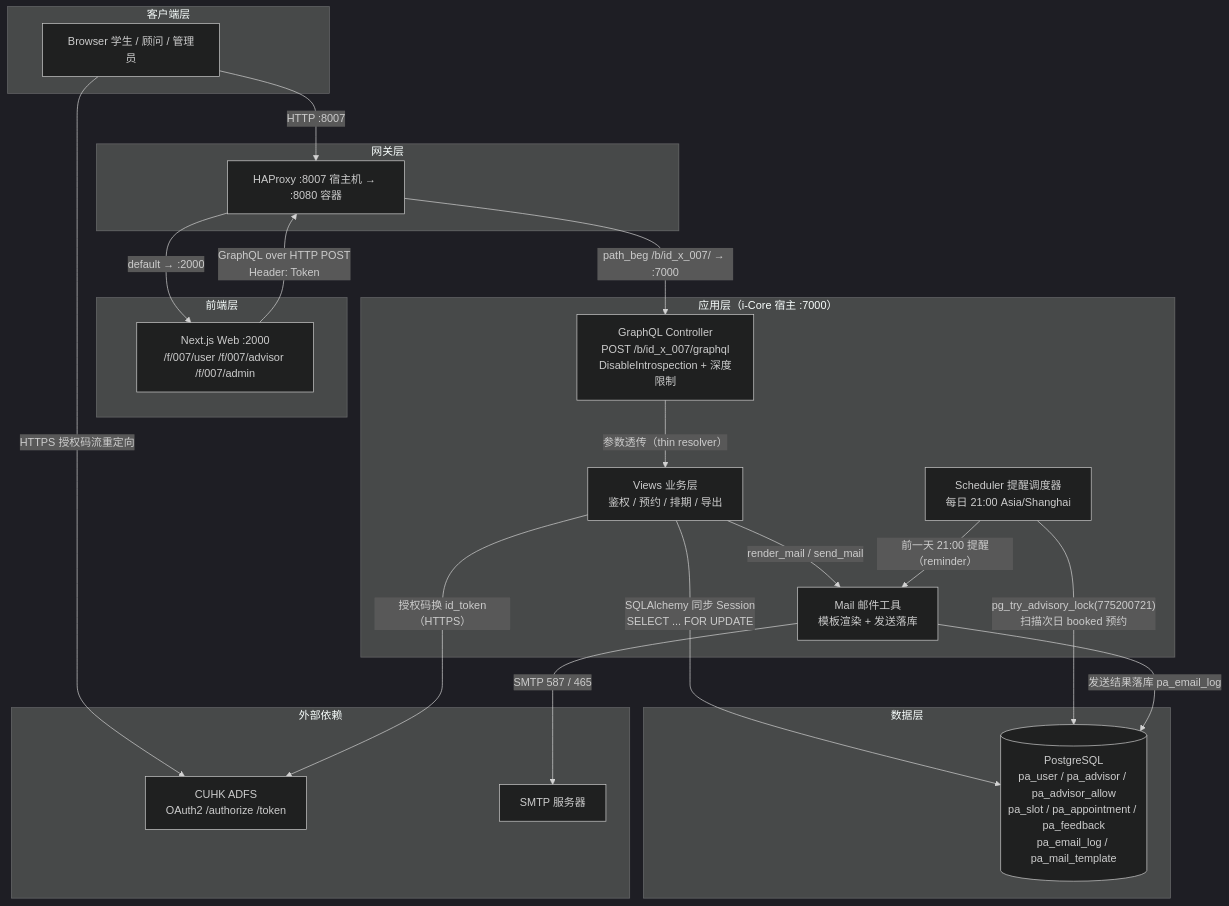
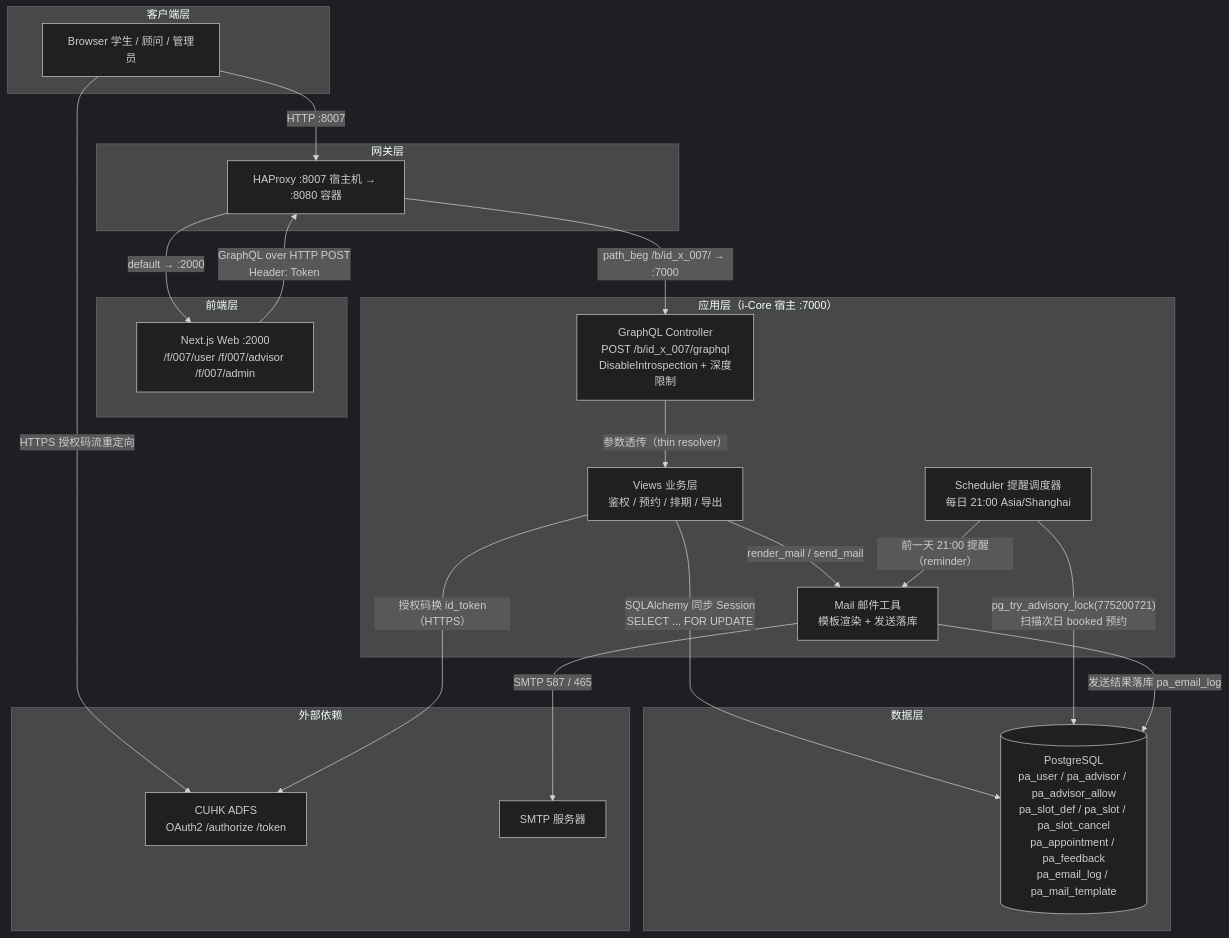
The first of 2 diagrams in README.md (i-TorchLabs/id_x_007), drawn with Mermaid (dark theme) before and after one commit. The commit also changed other lines of this file and 18 other files, not shown here.

````diff
--- a/README.md
+++ b/README.md
@@ -67,44 +68,44 @@
 ```mermaid
 graph TD
     subgraph 客户端层
         B[Browser 学生 / 顾问 / 管理员]
     end
 
     subgraph 网关层
         H[HAProxy :8007 宿主机 → :8080 容器]
     end
 
     subgraph 前端层
         W["Next.js Web :2000<br/>/f/007/user /f/007/advisor /f/007/admin"]
     end
 
     subgraph 应用层["应用层（i-Core 宿主 :7000）"]
         GC["GraphQL Controller<br/>POST /b/id_x_007/graphql<br/>DisableIntrospection + 深度限制"]
         V["Views 业务层<br/>鉴权 / 预约 / 排期 / 导出"]
         SCH["Scheduler 提醒调度器<br/>每日 21:00 Asia/Shanghai"]
         MAIL["Mail 邮件工具<br/>模板渲染 + 发送落库"]
     end
 
     subgraph 数据层
-        PG[("PostgreSQL<br/>pa_user / pa_advisor / pa_advisor_allow<br/>pa_slot / pa_appointment / pa_feedback<br/>pa_email_log / pa_mail_template")]
+        PG[("PostgreSQL<br/>pa_user / pa_advisor / pa_advisor_allow<br/>pa_slot_def / pa_slot / pa_slot_cancel<br/>pa_appointment / pa_feedback<br/>pa_email_log / pa_mail_template")]
     end
 
     subgraph 外部依赖
         ADFS["CUHK ADFS<br/>OAuth2 /authorize /token"]
         SMTP["SMTP 服务器"]
     end
 
     B -- "HTTP :8007" --> H
     H -- "path_beg /b/id_x_007/ → :7000" --> GC
     H -- "default → :2000" --> W
     W -- "GraphQL over HTTP POST<br/>Header: Token" --> H
     B -- "HTTPS 授权码流重定向" --> ADFS
     GC -- "参数透传（thin resolver）" --> V
     V -- "授权码换 id_token（HTTPS）" --> ADFS
     V -- "SQLAlchemy 同步 Session<br/>SELECT ... FOR UPDATE" --> PG
     V -- "render_mail / send_mail" --> MAIL
     SCH -- "pg_try_advisory_lock(775200721)<br/>扫描次日 booked 预约" --> PG
     SCH -- "前一天 21:00 提醒（reminder）" --> MAIL
     MAIL -- "SMTP 587 / 465" --> SMTP
     MAIL -- "发送结果落库 pa_email_log" --> PG
 ```
````
